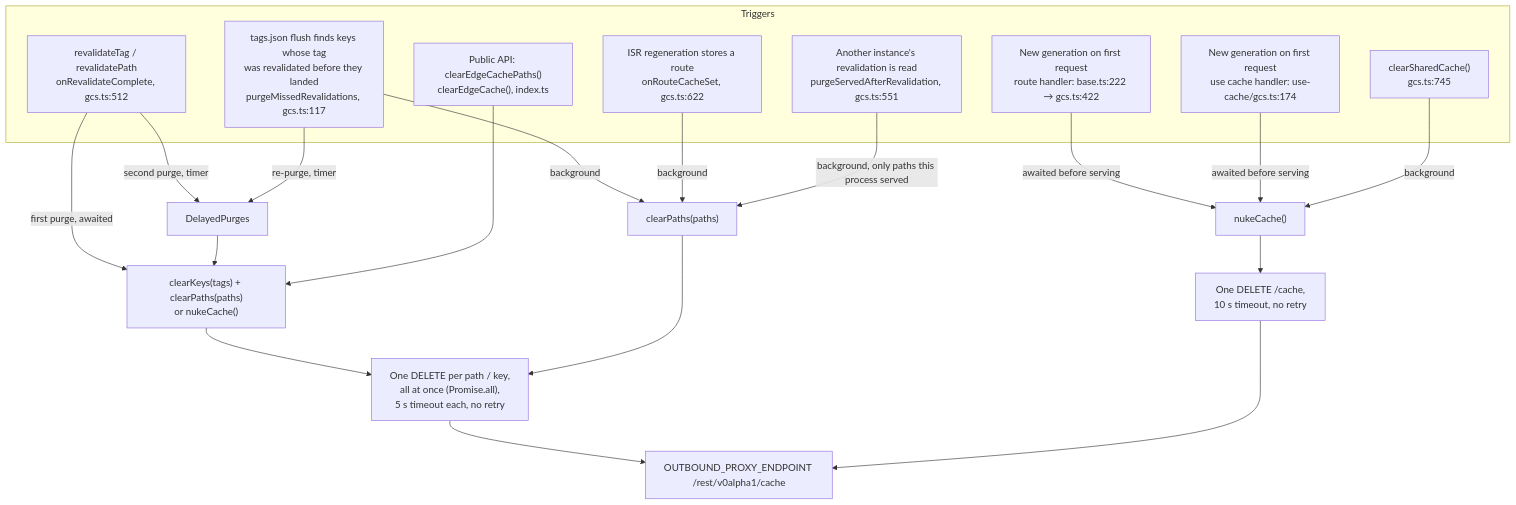
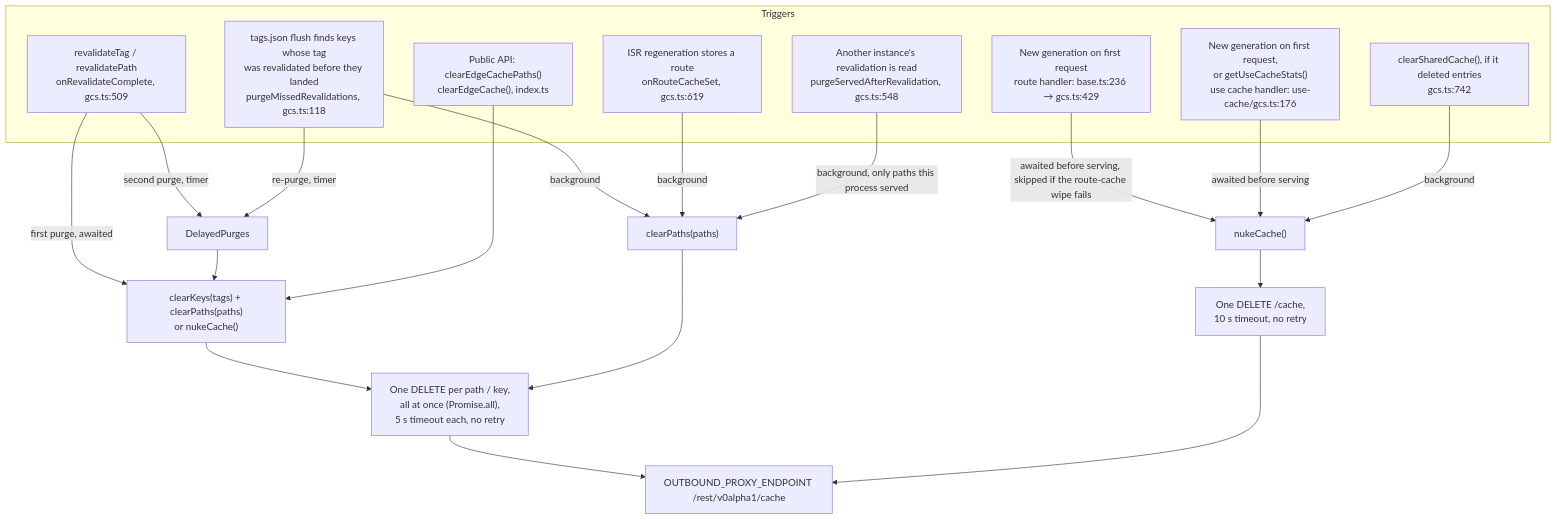
The fourth of 5 diagrams in ARCHITECTURE.md (pantheon-systems/nextjs-cache-handler), drawn with Mermaid before and after one commit. The commit also changed other lines of this file and 46 other files, not shown here.

````diff
--- a/ARCHITECTURE.md
+++ b/ARCHITECTURE.md
@@ -188,31 +212,31 @@
 ```mermaid
 flowchart TB
   subgraph triggers["Triggers"]
-    t1["revalidateTag / revalidatePath<br/>onRevalidateComplete, gcs.ts:512"]
-    t2["ISR regeneration stores a route<br/>onRouteCacheSet, gcs.ts:622"]
-    t3["tags.json flush finds keys whose tag<br/>was revalidated before they landed<br/>purgeMissedRevalidations, gcs.ts:117"]
-    t4["New generation on first request<br/>route handler: base.ts:222 → gcs.ts:422"]
-    t5["New generation on first request<br/>use cache handler: use-cache/gcs.ts:174"]
-    t6["clearSharedCache()<br/>gcs.ts:745"]
-    t8["Another instance's revalidation is read<br/>purgeServedAfterRevalidation, gcs.ts:551"]
+    t1["revalidateTag / revalidatePath<br/>onRevalidateComplete, gcs.ts:509"]
+    t2["ISR regeneration stores a route<br/>onRouteCacheSet, gcs.ts:619"]
+    t3["tags.json flush finds keys whose tag<br/>was revalidated before they landed<br/>purgeMissedRevalidations, gcs.ts:118"]
+    t4["New generation on first request<br/>route handler: base.ts:236 → gcs.ts:429"]
+    t5["New generation on first request,<br/>or getUseCacheStats()<br/>use cache handler: use-cache/gcs.ts:176"]
+    t6["clearSharedCache(), if it deleted entries<br/>gcs.ts:742"]
+    t8["Another instance's revalidation is read<br/>purgeServedAfterRevalidation, gcs.ts:548"]
     t7["Public API: clearEdgeCachePaths()<br/>clearEdgeCache(), index.ts"]
   end
 
   t1 -- "first purge, awaited" --> keysPaths["clearKeys(tags) + clearPaths(paths)<br/>or nukeCache()"]
   t1 -- "second purge, timer" --> dp[DelayedPurges]
   t3 -- "background" --> paths1["clearPaths(paths)"]
   t3 -- "re-purge, timer" --> dp
   dp --> keysPaths
   t2 -- "background" --> paths1
-  t4 -- "awaited before serving" --> nuke["nukeCache()"]
+  t4 -- "awaited before serving, skipped if the route-cache wipe fails" --> nuke["nukeCache()"]
   t5 -- "awaited before serving" --> nuke
   t6 -- "background" --> nuke
   t7 --> keysPaths
   t8 -- "background, only paths this process served" --> paths1
 
   keysPaths --> fan["One DELETE per path / key,<br/>all at once (Promise.all),<br/>5 s timeout each, no retry"]
   paths1 --> fan
   nuke --> one["One DELETE /cache,<br/>10 s timeout, no retry"]
   fan --> proxy[OUTBOUND_PROXY_ENDPOINT /rest/v0alpha1/cache]
   one --> proxy
 ```
````
